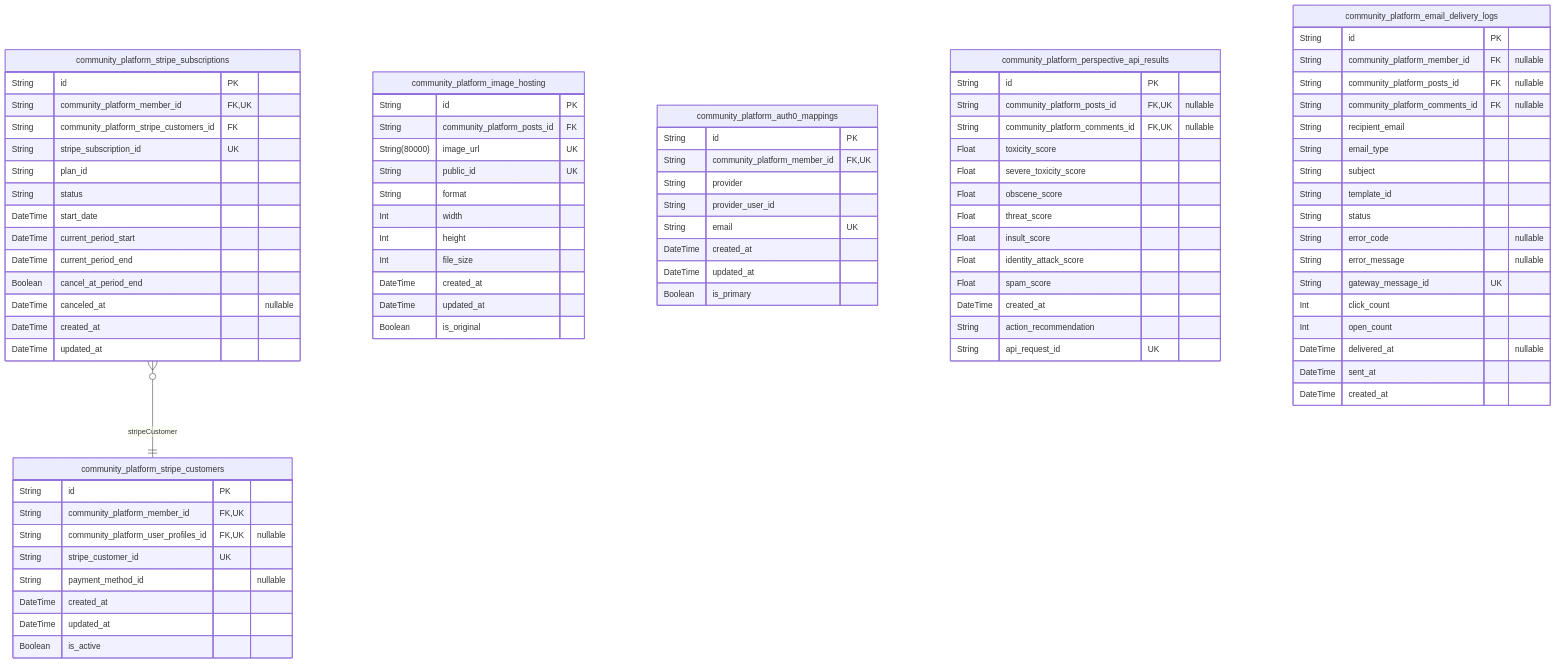
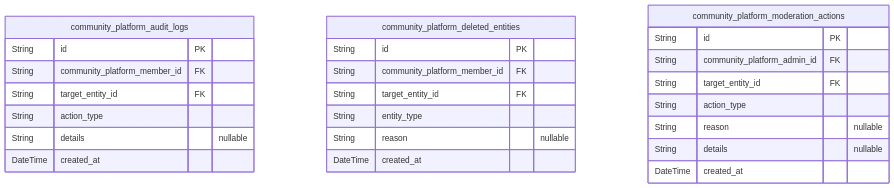
Before and after one commit to wrtnlabs/autobe-examples: the tenth of 10 diagrams in qwen/qwen3-next-80b-a3b-instruct/reddit/docs/ERD.md, drawn with Mermaid. The commit also changed other lines of this file and 16146 other files, not shown here.

````diff
--- a/qwen/qwen3-next-80b-a3b-instruct/reddit/docs/ERD.md
+++ b/qwen/qwen3-next-80b-a3b-instruct/reddit/docs/ERD.md
@@ -1491,86 +1534,28 @@
 ```mermaid
 erDiagram
-"community_platform_stripe_customers" {
+"community_platform_audit_logs" {
   String id PK
-  String community_platform_member_id FK,UK
-  String community_platform_user_profiles_id FK,UK "nullable"
-  String stripe_customer_id UK
-  String payment_method_id "nullable"
-  DateTime created_at
-  DateTime updated_at
-  Boolean is_active
-}
-"community_platform_stripe_subscriptions" {
-  String id PK
-  String community_platform_member_id FK,UK
-  String community_platform_stripe_customers_id FK
-  String stripe_subscription_id UK
-  String plan_id
-  String status
-  DateTime start_date
-  DateTime current_period_start
-  DateTime current_period_end
-  Boolean cancel_at_period_end
-  DateTime canceled_at "nullable"
-  DateTime created_at
-  DateTime updated_at
-}
-"community_platform_image_hosting" {
-  String id PK
-  String community_platform_posts_id FK
-  String(80000) image_url UK
-  String public_id UK
-  String format
-  Int width
-  Int height
-  Int file_size
-  DateTime created_at
-  DateTime updated_at
-  Boolean is_original
-}
-"community_platform_auth0_mappings" {
-  String id PK
-  String community_platform_member_id FK,UK
-  String provider
-  String provider_user_id
-  String email UK
-  DateTime created_at
-  DateTime updated_at
-  Boolean is_primary
-}
-"community_platform_perspective_api_results" {
-  String id PK
-  String community_platform_posts_id FK,UK "nullable"
-  String community_platform_comments_id FK,UK "nullable"
-  Float toxicity_score
-  Float severe_toxicity_score
-  Float obscene_score
-  Float threat_score
-  Float insult_score
-  Float identity_attack_score
-  Float spam_score
-  DateTime created_at
-  String action_recommendation
-  String api_request_id UK
-}
-"community_platform_email_delivery_logs" {
-  String id PK
-  String community_platform_member_id FK "nullable"
-  String community_platform_posts_id FK "nullable"
-  String community_platform_comments_id FK "nullable"
-  String recipient_email
-  String email_type
-  String subject
-  String template_id
-  String status
-  String error_code "nullable"
-  String error_message "nullable"
-  String gateway_message_id UK
-  Int click_count
-  Int open_count
-  DateTime delivered_at "nullable"
-  DateTime sent_at
+  String community_platform_member_id FK
+  String target_entity_id FK
+  String action_type
+  String details "nullable"
   DateTime created_at
 }
-"community_platform_stripe_subscriptions" }o--|| "community_platform_stripe_customers" : stripeCustomer
+"community_platform_deleted_entities" {
+  String id PK
+  String community_platform_member_id FK
+  String target_entity_id FK
+  String entity_type
+  String reason "nullable"
+  DateTime created_at
+}
+"community_platform_moderation_actions" {
+  String id PK
+  String community_platform_admin_id FK
+  String target_entity_id FK
+  String action_type
+  String reason "nullable"
+  String details "nullable"
+  DateTime created_at
+}
 ```
````
